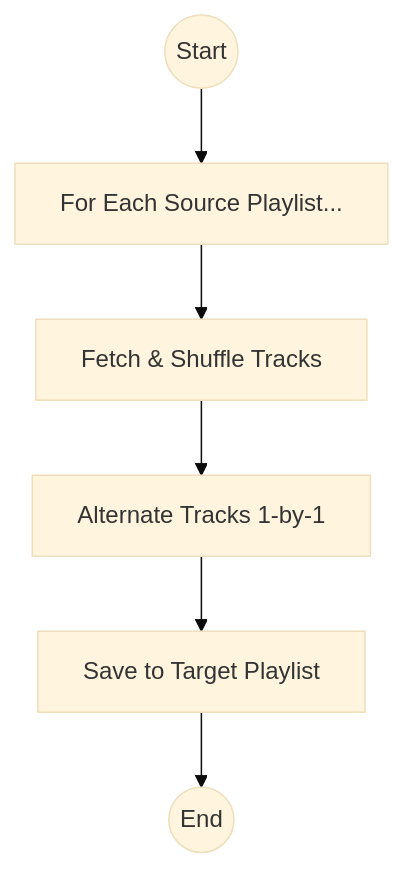
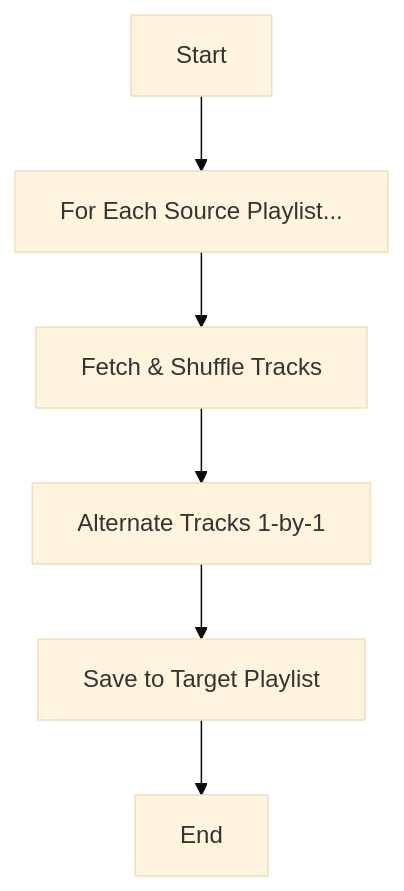
Before and after one commit to froggeric/gas-spotify-automation: the third of 7 diagrams in README.md, drawn with Mermaid (base theme). The commit also changed other lines of this file, not shown here.

First line of the commit message:
fix(docs): Correct Mermaid diagrams for GitHub compatibility

````diff
--- a/README.md
+++ b/README.md
@@ -91,8 +91,8 @@
 ```mermaid
 graph TD
-    A((Start)) --> B["For Each Source Playlist..."];
-    B --> C["Fetch & Shuffle Tracks"];
-    C --> D["Alternate Tracks 1-by-1"];
-    D --> E["Save to Target Playlist"];
-    E --> F((End));
+    A[Start] --> B[For Each Source Playlist...];
+    B --> C[Fetch & Shuffle Tracks];
+    C --> D[Alternate Tracks 1-by-1];
+    D --> E[Save to Target Playlist];
+    E --> F[End];
 ```
````
